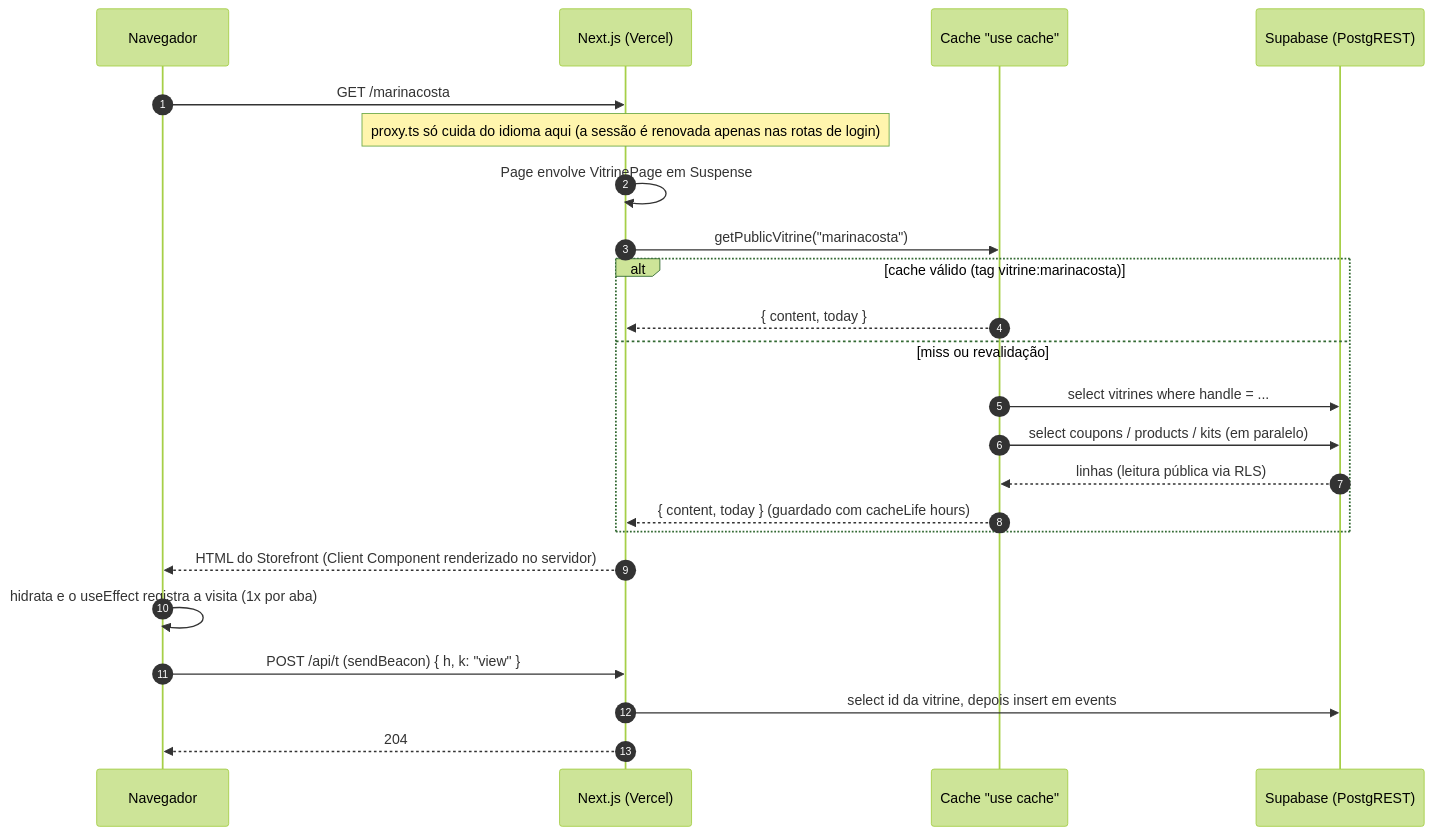
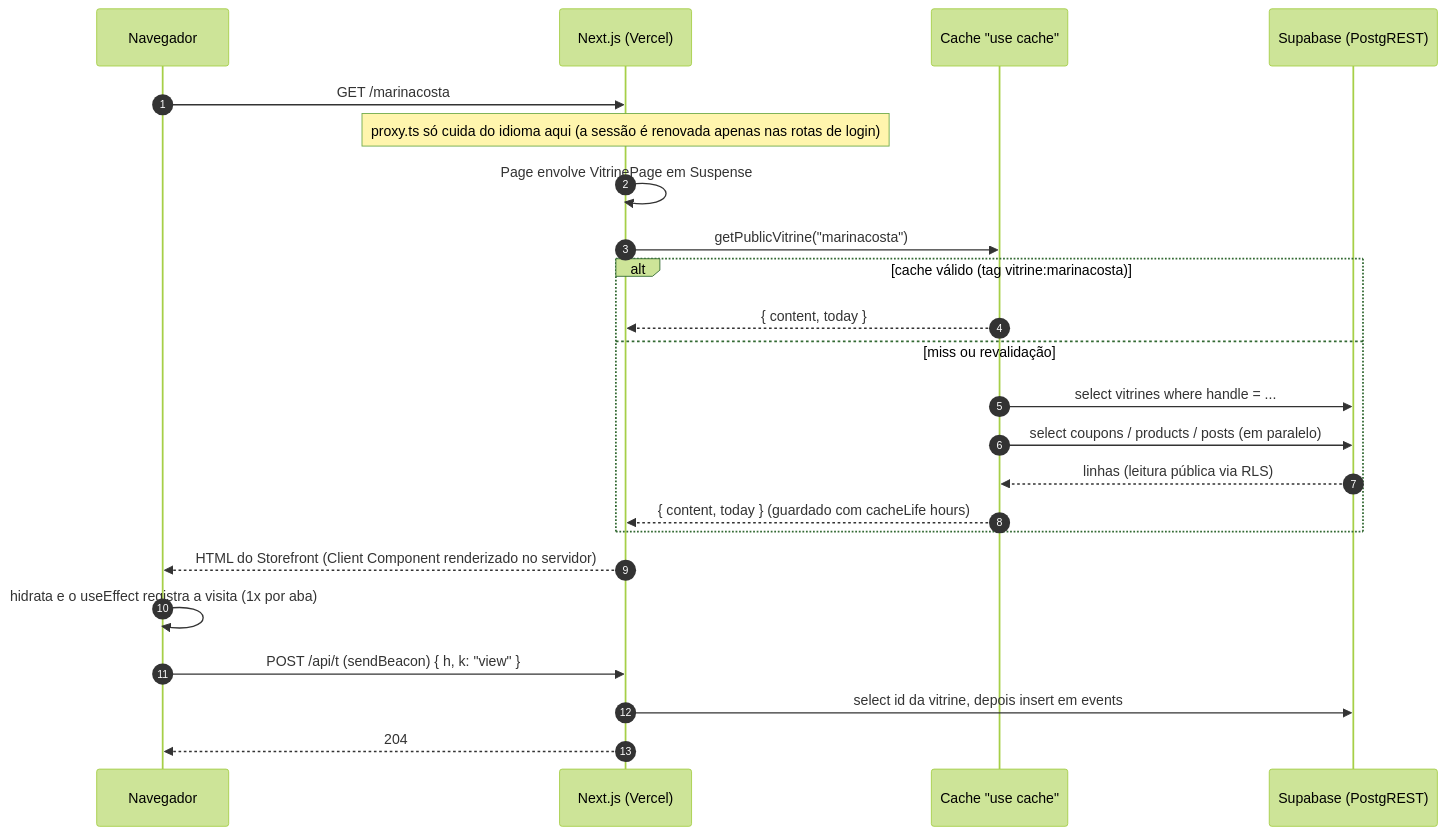
Before and after one commit to estevaons/myvitri: the third of 6 diagrams in docs/architecture.md, drawn with Mermaid (forest theme). The commit also changed other lines of this file and 47 other files, not shown here.

````diff
--- a/docs/architecture.md
+++ b/docs/architecture.md
@@ -276,25 +284,25 @@
 ```mermaid
 sequenceDiagram
     autonumber
     participant B as Navegador
     participant N as Next.js (Vercel)
     participant C as Cache "use cache"
     participant S as Supabase (PostgREST)
     B->>N: GET /marinacosta
     Note over N: proxy.ts só cuida do idioma aqui (a sessão é renovada apenas nas rotas de login)
     N->>N: Page envolve VitrinePage em Suspense
     N->>C: getPublicVitrine("marinacosta")
     alt cache válido (tag vitrine:marinacosta)
         C-->>N: { content, today }
     else miss ou revalidação
         C->>S: select vitrines where handle = ...
-        C->>S: select coupons / products / kits (em paralelo)
+        C->>S: select coupons / products / posts (em paralelo)
         S-->>C: linhas (leitura pública via RLS)
         C-->>N: { content, today } (guardado com cacheLife hours)
     end
     N-->>B: HTML do Storefront (Client Component renderizado no servidor)
     B->>B: hidrata e o useEffect registra a visita (1x por aba)
     B->>N: POST /api/t (sendBeacon) { h, k: "view" }
     N->>S: select id da vitrine, depois insert em events
     N-->>B: 204
 ```
````
